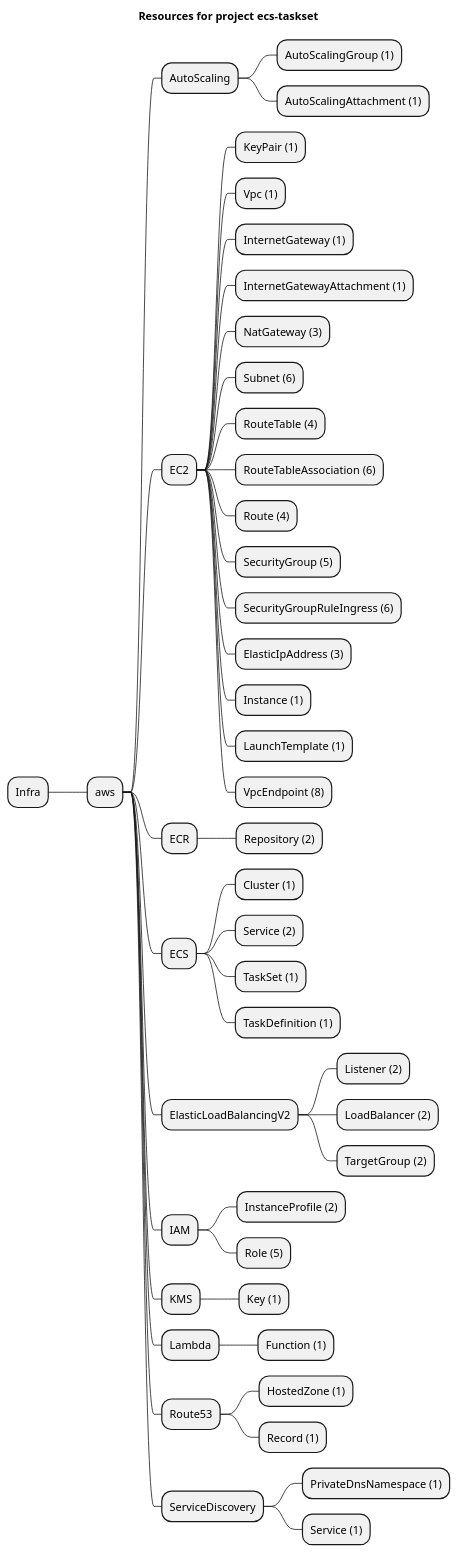
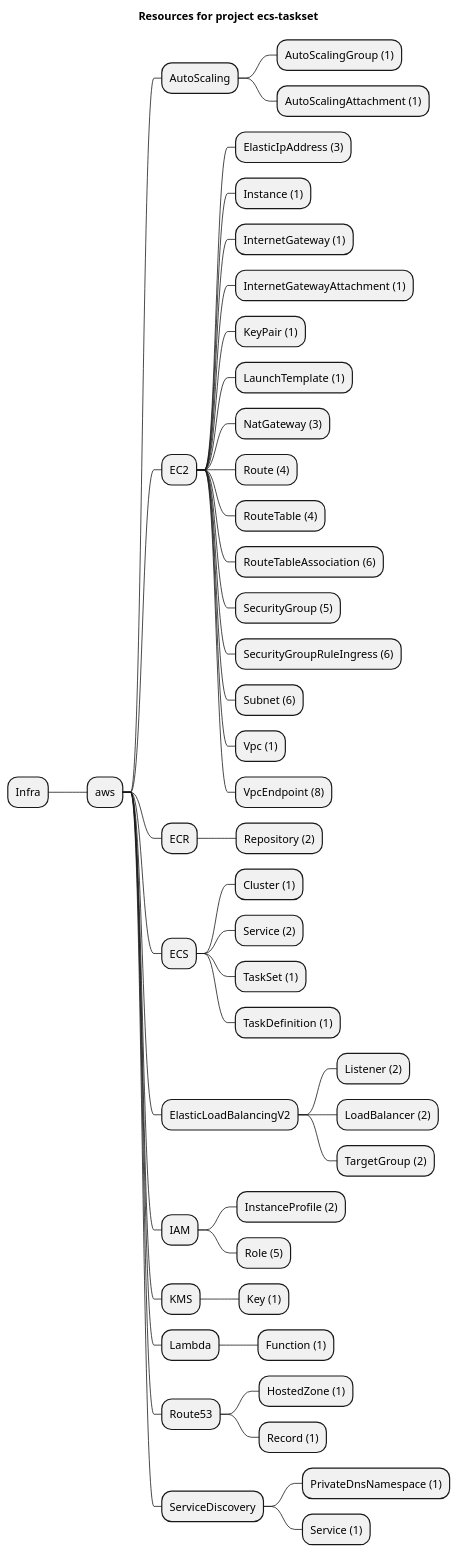
One commit to grucloud/grucloud changed the diagram in examples/aws/ECS/ecs-taskset/artifacts/resources-mindmap.puml. Above: the diagram before and after it, drawn with PlantUML. The commit also changed other lines of this file and 2 other files, not shown here.

```diff
--- a/examples/aws/ECS/ecs-taskset/artifacts/resources-mindmap.puml
+++ b/examples/aws/ECS/ecs-taskset/artifacts/resources-mindmap.puml
@@ -1,49 +1,49 @@
 @startmindmap
 title Resources for project ecs-taskset
 skinparam monochrome true
 + Infra
 ++ aws
 +++ AutoScaling
 ++++ AutoScalingGroup (1)
 ++++ AutoScalingAttachment (1)
 +++ EC2
-++++ KeyPair (1)
-++++ Vpc (1)
+++++ ElasticIpAddress (3)
+++++ Instance (1)
 ++++ InternetGateway (1)
 ++++ InternetGatewayAttachment (1)
+++++ KeyPair (1)
+++++ LaunchTemplate (1)
 ++++ NatGateway (3)
-++++ Subnet (6)
+++++ Route (4)
 ++++ RouteTable (4)
 ++++ RouteTableAssociation (6)
-++++ Route (4)
 ++++ SecurityGroup (5)
 ++++ SecurityGroupRuleIngress (6)
-++++ ElasticIpAddress (3)
-++++ Instance (1)
-++++ LaunchTemplate (1)
+++++ Subnet (6)
+++++ Vpc (1)
 ++++ VpcEndpoint (8)
 +++ ECR
 ++++ Repository (2)
 +++ ECS
 ++++ Cluster (1)
 ++++ Service (2)
 ++++ TaskSet (1)
 ++++ TaskDefinition (1)
 +++ ElasticLoadBalancingV2
 ++++ Listener (2)
 ++++ LoadBalancer (2)
 ++++ TargetGroup (2)
 +++ IAM
 ++++ InstanceProfile (2)
 ++++ Role (5)
 +++ KMS
 ++++ Key (1)
 +++ Lambda
 ++++ Function (1)
 +++ Route53
 ++++ HostedZone (1)
 ++++ Record (1)
 +++ ServiceDiscovery
 ++++ PrivateDnsNamespace (1)
 ++++ Service (1)
 @endmindmap
```
